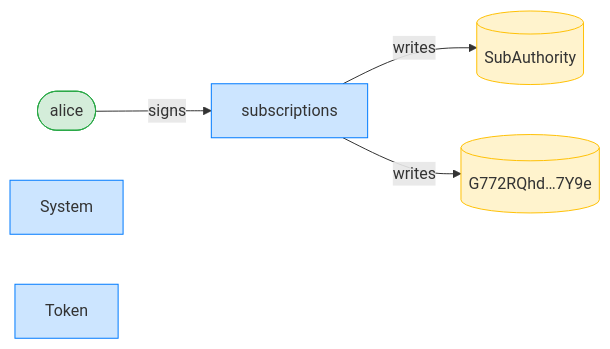
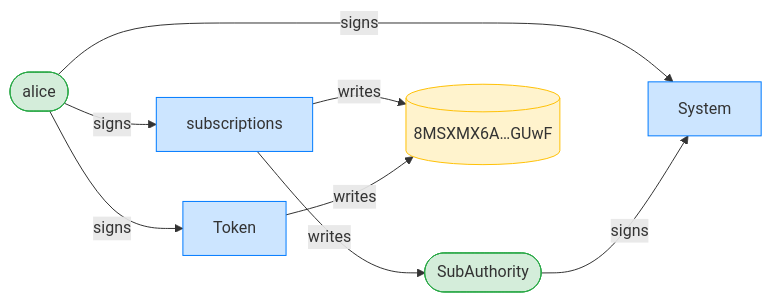
The third of 12 diagrams in dsl_tests/revoke-a-fixed-delegation.md (cds-rs/subscriptions), drawn with Mermaid before and after one commit. The commit also changed other lines of this file and 224 other files, not shown here.

````diff
--- a/dsl_tests/revoke-a-fixed-delegation.md
+++ b/dsl_tests/revoke-a-fixed-delegation.md
@@ -53,15 +54,19 @@
 ```mermaid
 flowchart LR
     classDef signer fill:#d4edda,stroke:#28a745;
     classDef program fill:#cce5ff,stroke:#007bff;
     classDef writable fill:#fff3cd,stroke:#ffc107;
     subscriptions[subscriptions]:::program
     alice([alice]):::signer
-    SubAuthority[(SubAuthority)]:::writable
-    G772RQhd_7Y9e[("G772RQhd…7Y9e")]:::writable
+    SubAuthority([SubAuthority]):::signer
+    8MSXMX6A_GUwF[("8MSXMX6A…GUwF")]:::writable
     System[System]:::program
     Token[Token]:::program
     alice -->|signs| subscriptions
+    alice -->|signs| System
+    SubAuthority -->|signs| System
+    alice -->|signs| Token
     subscriptions -->|writes| SubAuthority
-    subscriptions -->|writes| G772RQhd_7Y9e
+    subscriptions -->|writes| 8MSXMX6A_GUwF
+    Token -->|writes| 8MSXMX6A_GUwF
 ```
````
